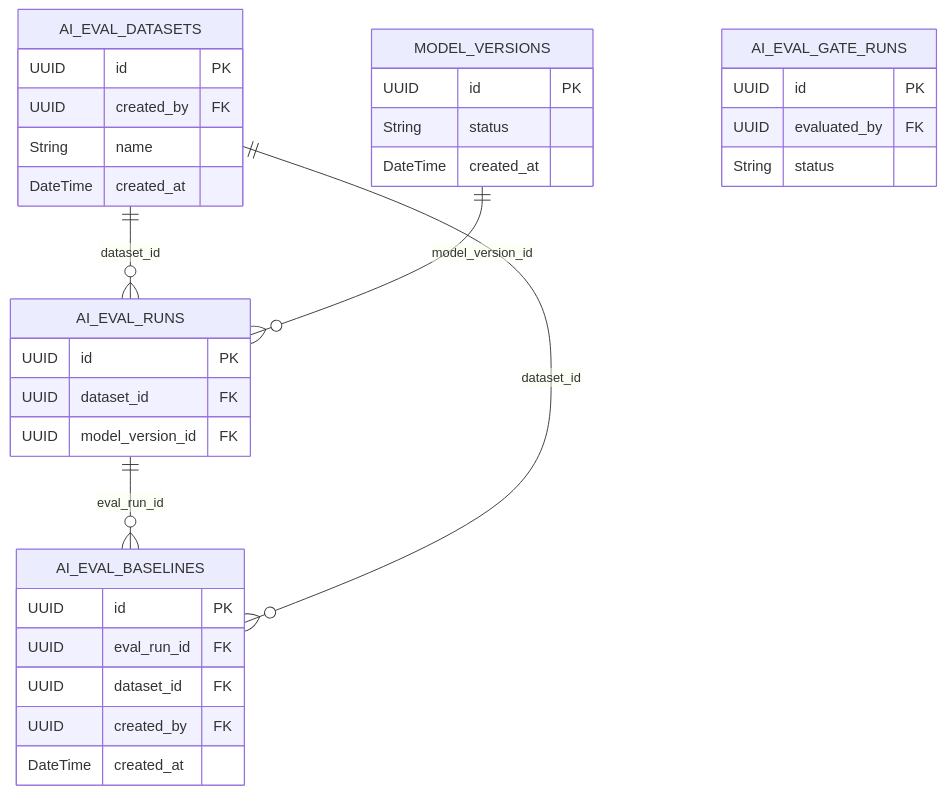
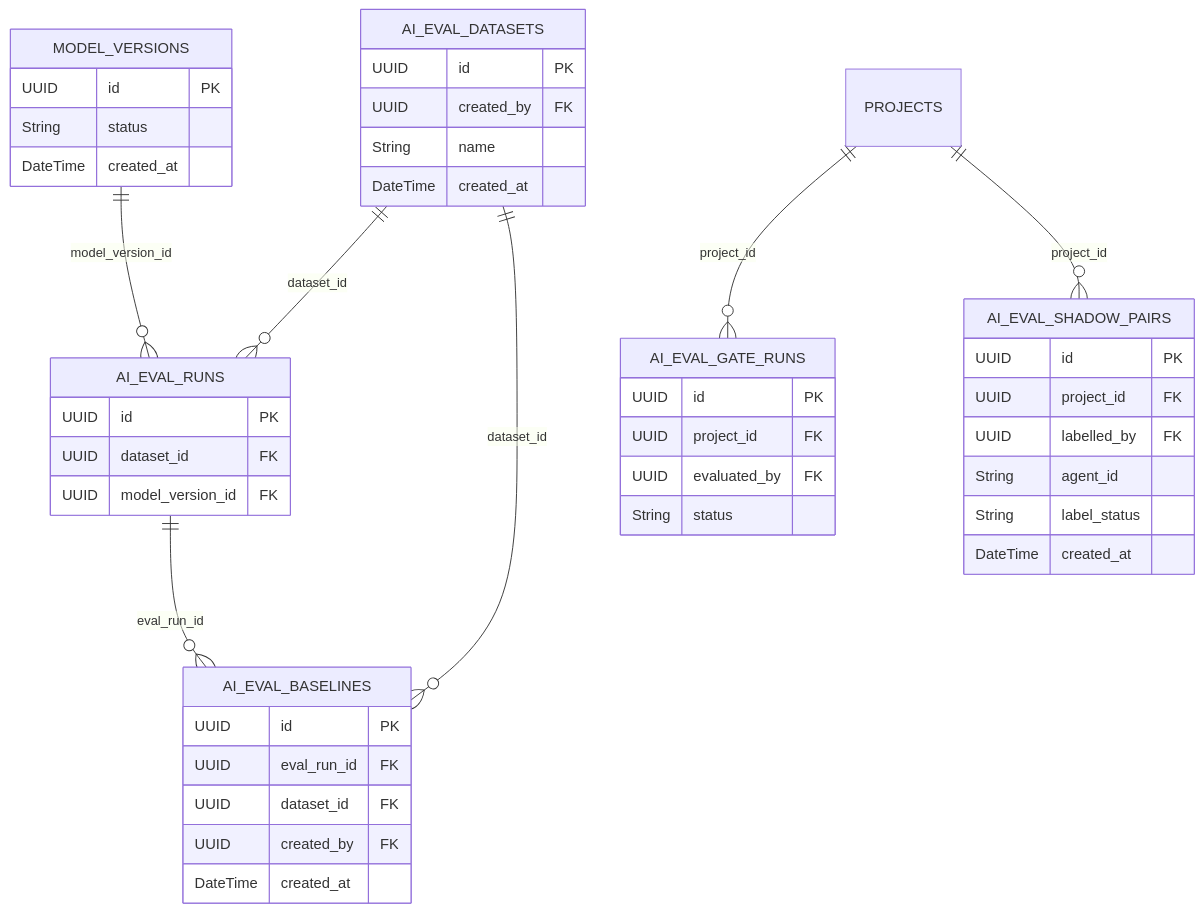
The fifth of 10 diagrams in architecture/DATABASE_SCHEMA.md (test-intelligence/testlookup), drawn with Mermaid before and after one commit. The commit also changed other lines of this file and 12 other files, not shown here.

Commit message:
feat(ai-eval): add paired tier comparison gate

````diff
--- a/architecture/DATABASE_SCHEMA.md
+++ b/architecture/DATABASE_SCHEMA.md
@@ -427,35 +427,46 @@
 ```mermaid
 erDiagram
     AI_EVAL_DATASETS ||--o{ AI_EVAL_RUNS : "dataset_id"
     MODEL_VERSIONS ||--o{ AI_EVAL_RUNS : "model_version_id"
     AI_EVAL_RUNS ||--o{ AI_EVAL_BASELINES : "eval_run_id"
     AI_EVAL_DATASETS ||--o{ AI_EVAL_BASELINES : "dataset_id"
+    PROJECTS ||--o{ AI_EVAL_GATE_RUNS : "project_id"
+    PROJECTS ||--o{ AI_EVAL_SHADOW_PAIRS : "project_id"
     MODEL_VERSIONS {
         UUID id PK
         String status
         DateTime created_at
     }
     AI_EVAL_DATASETS {
         UUID id PK
         UUID created_by FK
         String name
         DateTime created_at
     }
     AI_EVAL_RUNS {
         UUID id PK
         UUID dataset_id FK
         UUID model_version_id FK
     }
     AI_EVAL_BASELINES {
         UUID id PK
         UUID eval_run_id FK
         UUID dataset_id FK
         UUID created_by FK
         DateTime created_at
     }
     AI_EVAL_GATE_RUNS {
         UUID id PK
+        UUID project_id FK
         UUID evaluated_by FK
         String status
     }
+    AI_EVAL_SHADOW_PAIRS {
+        UUID id PK
+        UUID project_id FK
+        UUID labelled_by FK
+        String agent_id
+        String label_status
+        DateTime created_at
+    }
 ```
````
